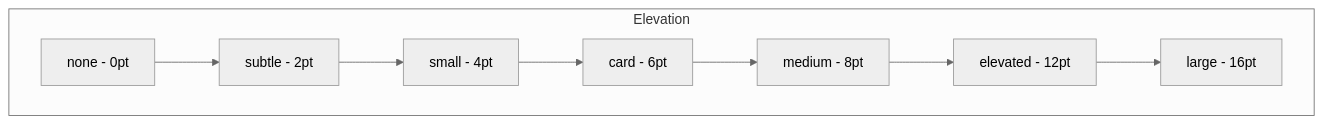
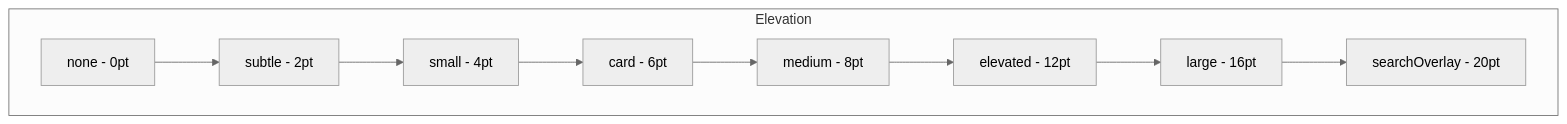
Before and after one commit to ArchieOS-org/Dispatch: the third of 3 diagrams in DESIGN_SYSTEM.md, drawn with Mermaid (neutral theme). The commit also changed other lines of this file and 2 other files, not shown here.

````diff
--- a/DESIGN_SYSTEM.md
+++ b/DESIGN_SYSTEM.md
@@ -282,14 +332,15 @@
 ```mermaid
 graph TB
     subgraph Elevation
         N[none - 0pt]
         SU[subtle - 2pt]
         SM[small - 4pt]
         C[card - 6pt]
         M[medium - 8pt]
         E[elevated - 12pt]
         L[large - 16pt]
+        SO[searchOverlay - 20pt]
     end
 
-    N --> SU --> SM --> C --> M --> E --> L
+    N --> SU --> SM --> C --> M --> E --> L --> SO
 ```
````
